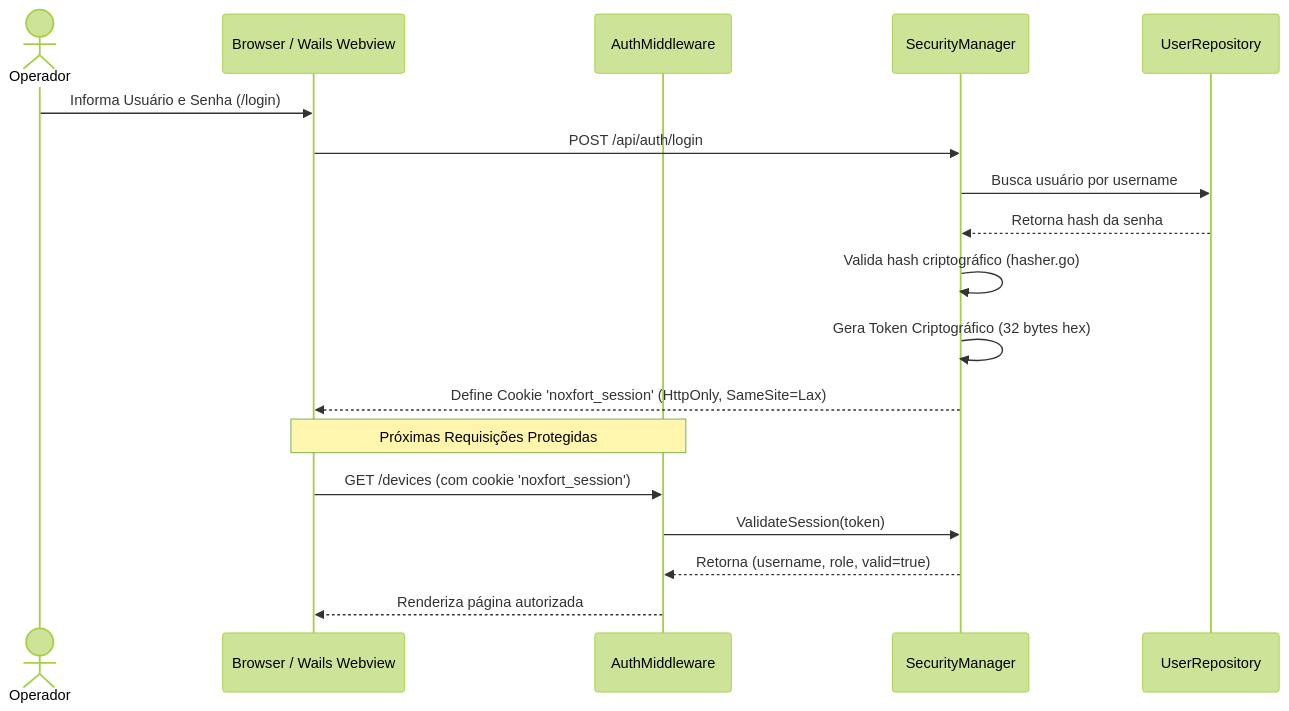
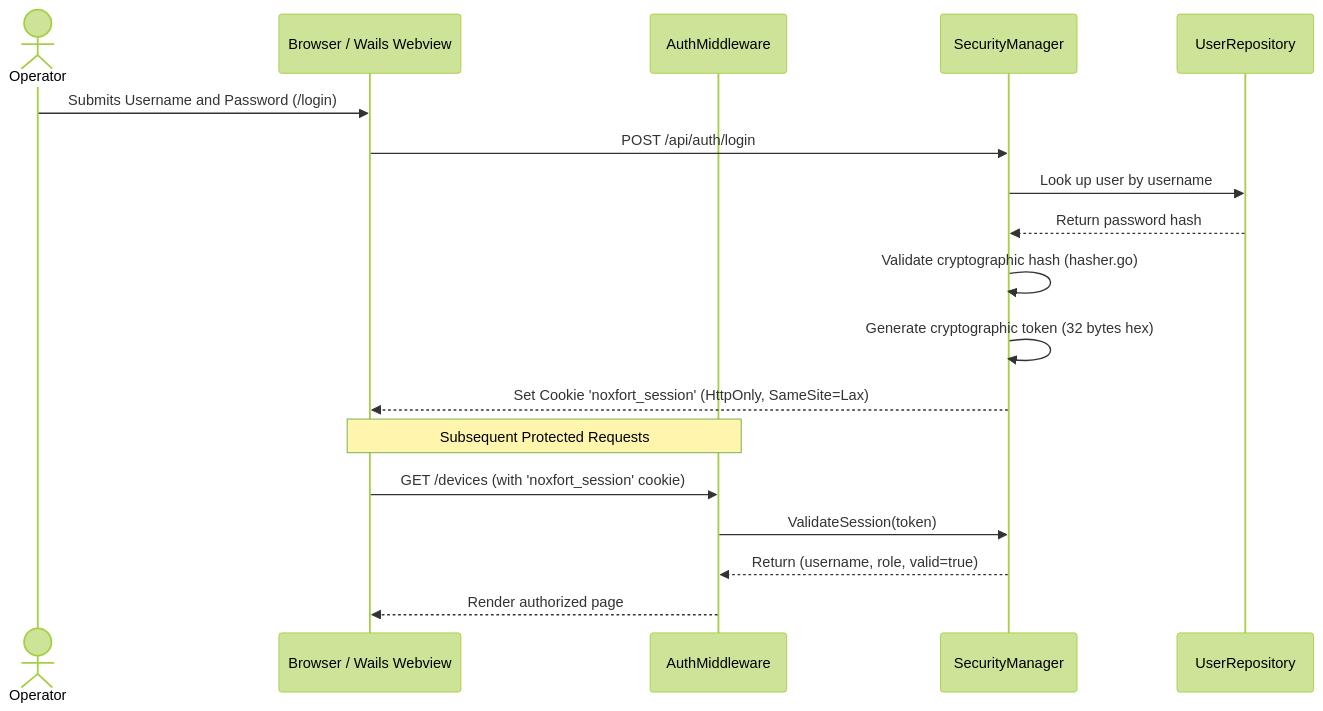
One commit to Noxfort-Systems-Brazil/Monitor changed the diagram in docs/SECURITY.md. Above: the diagram before and after it, drawn with Mermaid (forest theme). The commit also changed other lines of this file and 13 other files, not shown here.

````diff
--- a/docs/SECURITY.md
+++ b/docs/SECURITY.md
@@ -28,22 +28,22 @@
 ```mermaid
 sequenceDiagram
-    actor Operador
+    actor Operator
     participant Web as Browser / Wails Webview
     participant MW as AuthMiddleware
     participant Sec as SecurityManager
     participant DB as UserRepository
 
-    Operador->>Web: Informa Usuário e Senha (/login)
+    Operator->>Web: Submits Username and Password (/login)
     Web->>Sec: POST /api/auth/login
-    Sec->>DB: Busca usuário por username
-    DB-->>Sec: Retorna hash da senha
-    Sec->>Sec: Valida hash criptográfico (hasher.go)
-    Sec->>Sec: Gera Token Criptográfico (32 bytes hex)
-    Sec-->>Web: Define Cookie 'noxfort_session' (HttpOnly, SameSite=Lax)
+    Sec->>DB: Look up user by username
+    DB-->>Sec: Return password hash
+    Sec->>Sec: Validate cryptographic hash (hasher.go)
+    Sec->>Sec: Generate cryptographic token (32 bytes hex)
+    Sec-->>Web: Set Cookie 'noxfort_session' (HttpOnly, SameSite=Lax)
     
-    Note over Web,MW: Próximas Requisições Protegidas
-    Web->>MW: GET /devices (com cookie 'noxfort_session')
+    Note over Web,MW: Subsequent Protected Requests
+    Web->>MW: GET /devices (with 'noxfort_session' cookie)
     MW->>Sec: ValidateSession(token)
-    Sec-->>MW: Retorna (username, role, valid=true)
-    MW-->>Web: Renderiza página autorizada
+    Sec-->>MW: Return (username, role, valid=true)
+    MW-->>Web: Render authorized page
 ```
````
